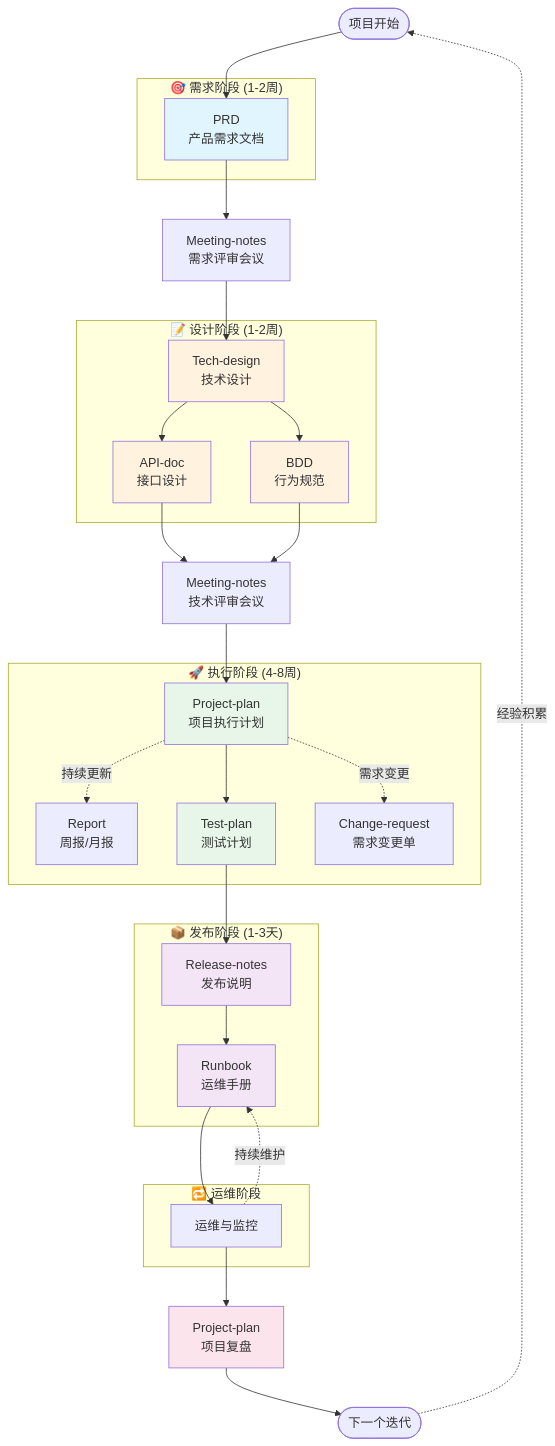
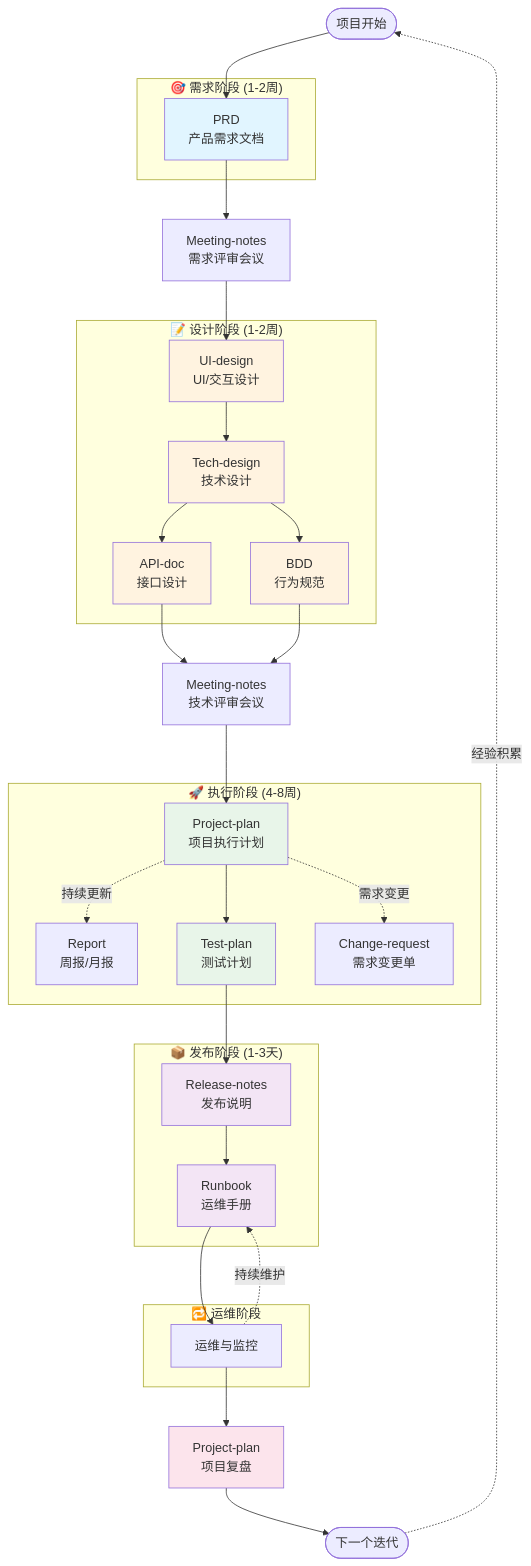
One commit to yarnovo/ai-next changed the first of 5 diagrams in templates/README.md. Above: the diagram before and after it, drawn with Mermaid. The commit also changed other lines of this file and 5 other files, not shown here.

````diff
--- a/templates/README.md
+++ b/templates/README.md
@@ -53,56 +54,58 @@
 ```mermaid
 graph TB
     Start([项目开始]) --> PRD
 
     subgraph Phase1["🎯 需求阶段 (1-2周)"]
         PRD[PRD<br/>产品需求文档]
     end
 
     PRD --> Meeting1[Meeting-notes<br/>需求评审会议]
-    Meeting1 --> Design
+    Meeting1 --> UIDesign
 
     subgraph Phase2["📝 设计阶段 (1-2周)"]
-        Design[Tech-design<br/>技术设计]
+        UIDesign[UI-design<br/>UI/交互设计]
+        UIDesign --> Design[Tech-design<br/>技术设计]
         Design --> API[API-doc<br/>接口设计]
         Design --> BDD[BDD<br/>行为规范]
     end
 
     API --> Meeting2[Meeting-notes<br/>技术评审会议]
     BDD --> Meeting2
     Meeting2 --> Plan
 
     subgraph Phase3["🚀 执行阶段 (4-8周)"]
         Plan[Project-plan<br/>项目执行计划]
         Plan -.持续更新.-> Report[Report<br/>周报/月报]
         Plan --> Test[Test-plan<br/>测试计划]
         Plan -.需求变更.-> Change[Change-request<br/>需求变更单]
     end
 
     Test --> Release
 
     subgraph Phase4["📦 发布阶段 (1-3天)"]
         Release[Release-notes<br/>发布说明]
         Release --> Runbook[Runbook<br/>运维手册]
     end
 
     Runbook --> Ops
 
     subgraph Phase5["🔁 运维阶段"]
         Ops[运维与监控]
         Ops -.持续维护.-> Runbook
     end
 
     Ops --> Review[Project-plan<br/>项目复盘]
     Review --> NextIteration([下一个迭代])
     NextIteration -.经验积累.-> Start
 
     style PRD fill:#e1f5ff
+    style UIDesign fill:#fff3e0
     style Design fill:#fff3e0
     style API fill:#fff3e0
     style BDD fill:#fff3e0
     style Plan fill:#e8f5e9
     style Test fill:#e8f5e9
     style Release fill:#f3e5f5
     style Runbook fill:#f3e5f5
     style Review fill:#fce4ec
 ```
````
